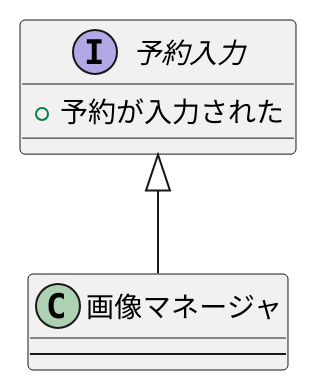
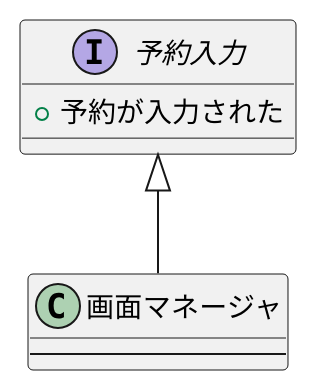
Before and after one commit to Ragamn/uml-introduction: the diagram in 例題3-1_予約入力インターフェース.pu, drawn with PlantUML. The commit also changed 1 other file, not shown here.

```diff
--- a/例題3-1_予約入力インターフェース.pu
+++ b/例題3-1_予約入力インターフェース.pu
@@ -1,10 +1,10 @@
 @startuml
 interface 予約入力 {
     ''<<interface>>
 + 予約が入力された
 }
-class 画像マネージャ {
+class 画面マネージャ {
 ---
 }
-予約入力 <|-- 画像マネージャ
+予約入力 <|-- 画面マネージャ
 @enduml
```
